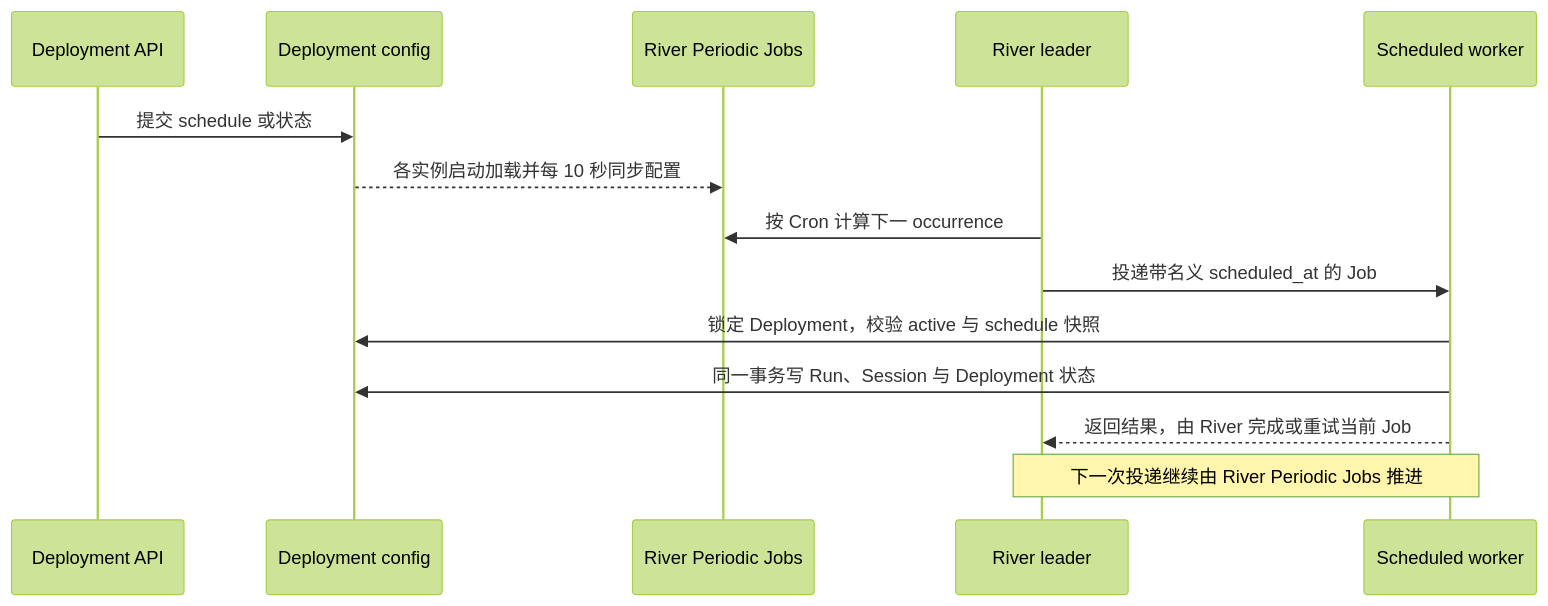
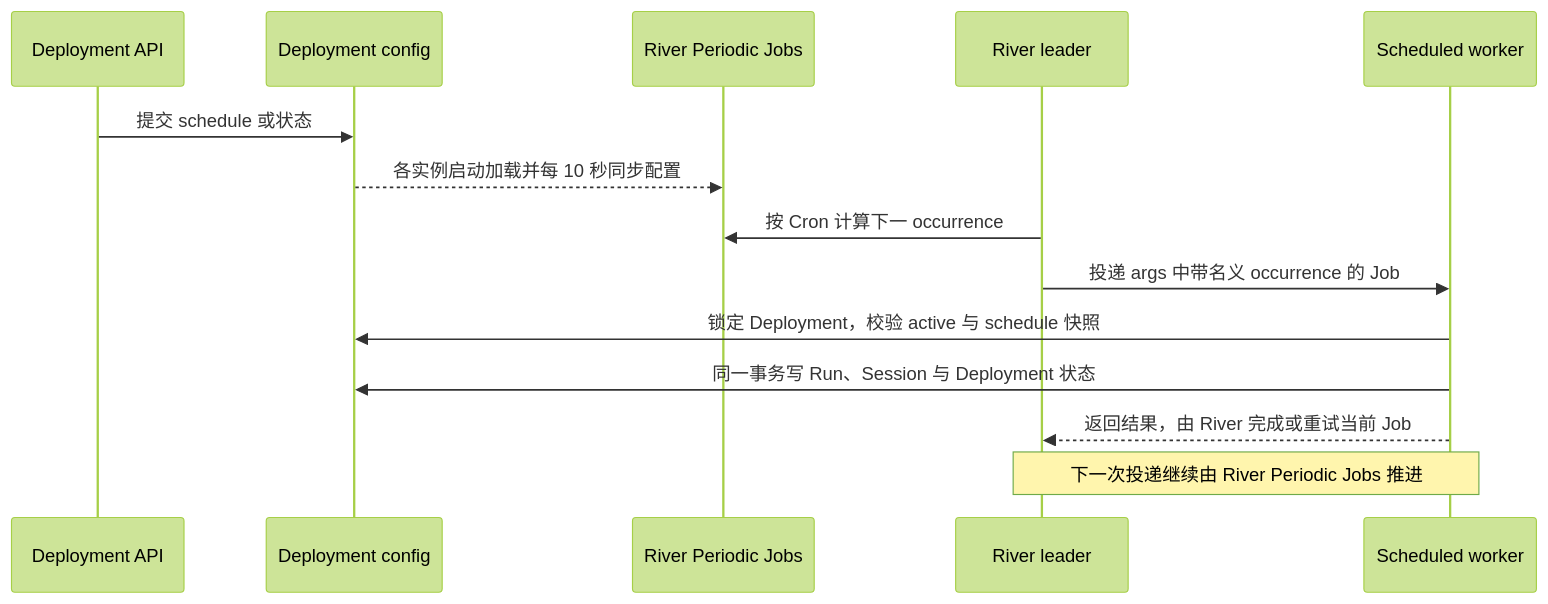
One commit to superduck-ai/open-managed-agents changed the diagram in docs/design/be/deployments-api-contract.md. Above: the diagram before and after it, drawn with Mermaid (forest theme). The commit also changed other lines of this file and 2 other files, not shown here.

First line of the commit message:
fix(deployments): persist Cron occurrence in River job args

````diff
--- a/docs/design/be/deployments-api-contract.md
+++ b/docs/design/be/deployments-api-contract.md
@@ -71,17 +71,17 @@
 ```mermaid
 sequenceDiagram
     participant API as Deployment API
     participant AppDB as Deployment config
     participant Registry as River Periodic Jobs
     participant Leader as River leader
     participant Worker as Scheduled worker
 
     API->>AppDB: 提交 schedule 或状态
     AppDB-->>Registry: 各实例启动加载并每 10 秒同步配置
     Leader->>Registry: 按 Cron 计算下一 occurrence
-    Leader->>Worker: 投递带名义 scheduled_at 的 Job
+    Leader->>Worker: 投递 args 中带名义 occurrence 的 Job
     Worker->>AppDB: 锁定 Deployment，校验 active 与 schedule 快照
     Worker->>AppDB: 同一事务写 Run、Session 与 Deployment 状态
 	Worker-->>Leader: 返回结果，由 River 完成或重试当前 Job
     Note over Leader,Worker: 下一次投递继续由 River Periodic Jobs 推进
 ```
````
